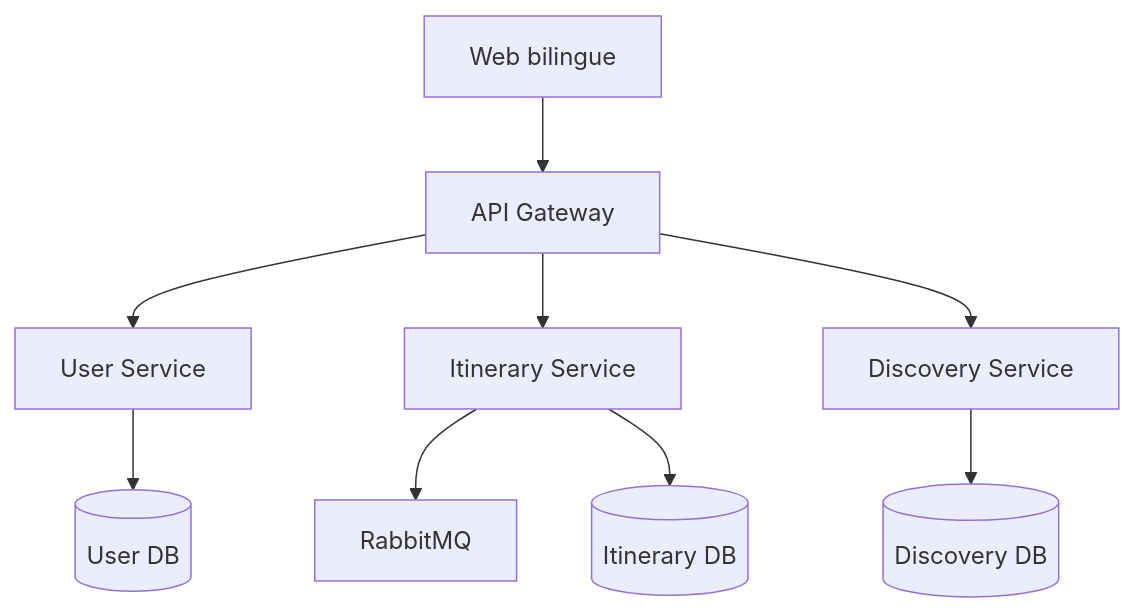
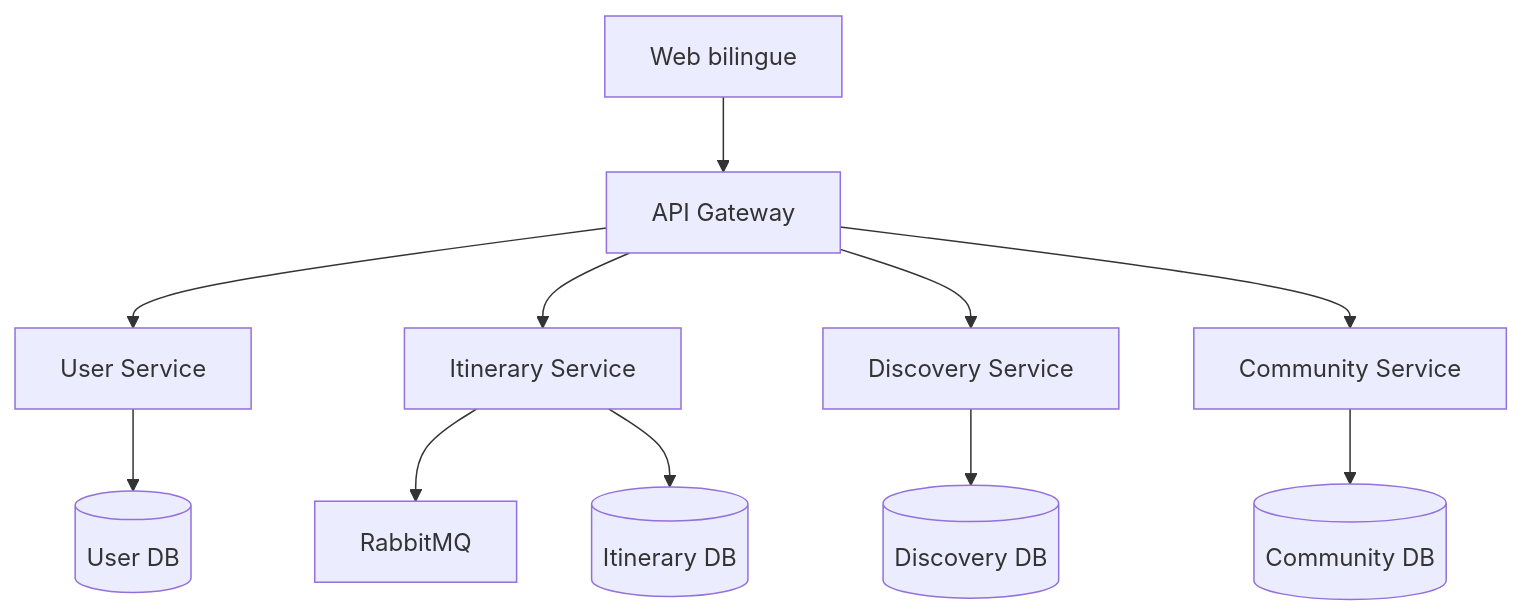
The diagram in docs/ARCHITECTURE.md (clould-jess/globetrotter-capstone), drawn with Mermaid before and after one commit. The commit also changed other lines of this file and 67 other files, not shown here.

````diff
--- a/docs/ARCHITECTURE.md
+++ b/docs/ARCHITECTURE.md
@@ -7,11 +7,13 @@
 ```mermaid
 flowchart TD
     UI[Web bilingue] --> GW[API Gateway]
     GW --> US[User Service]
     GW --> IS[Itinerary Service]
     GW --> DS[Discovery Service]
+    GW --> CS[Community Service]
     IS --> MQ[RabbitMQ]
     US --> UDB[(User DB)]
     IS --> IDB[(Itinerary DB)]
     DS --> DDB[(Discovery DB)]
+    CS --> CDB[(Community DB)]
 ```
````
